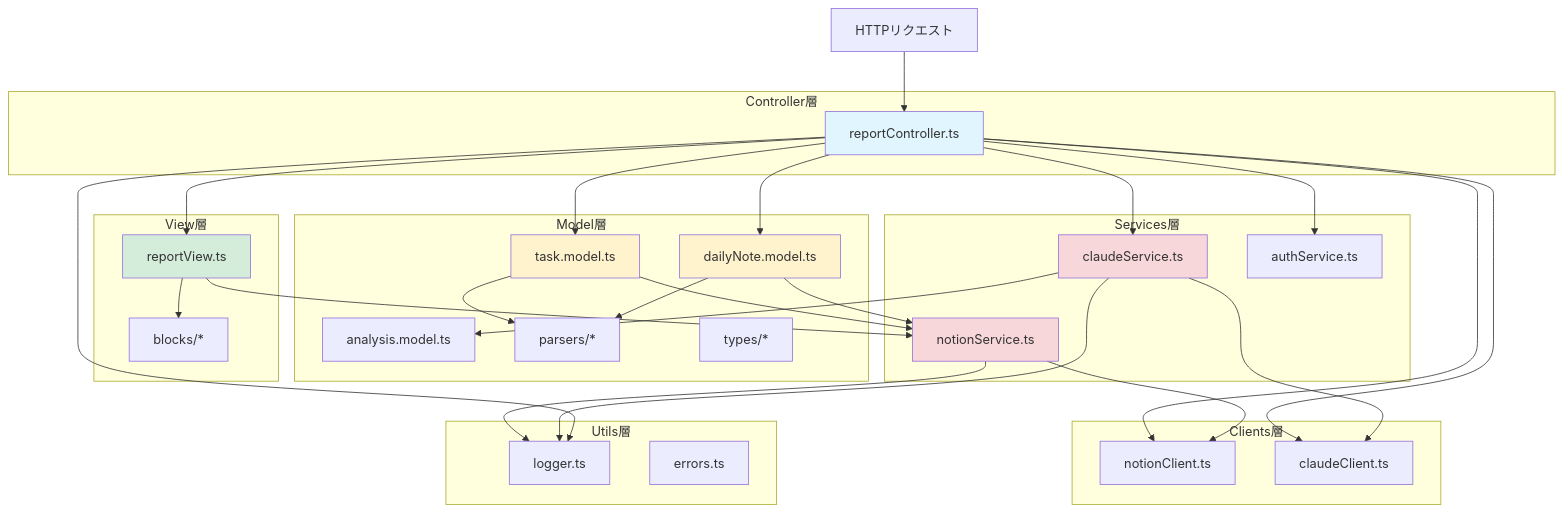
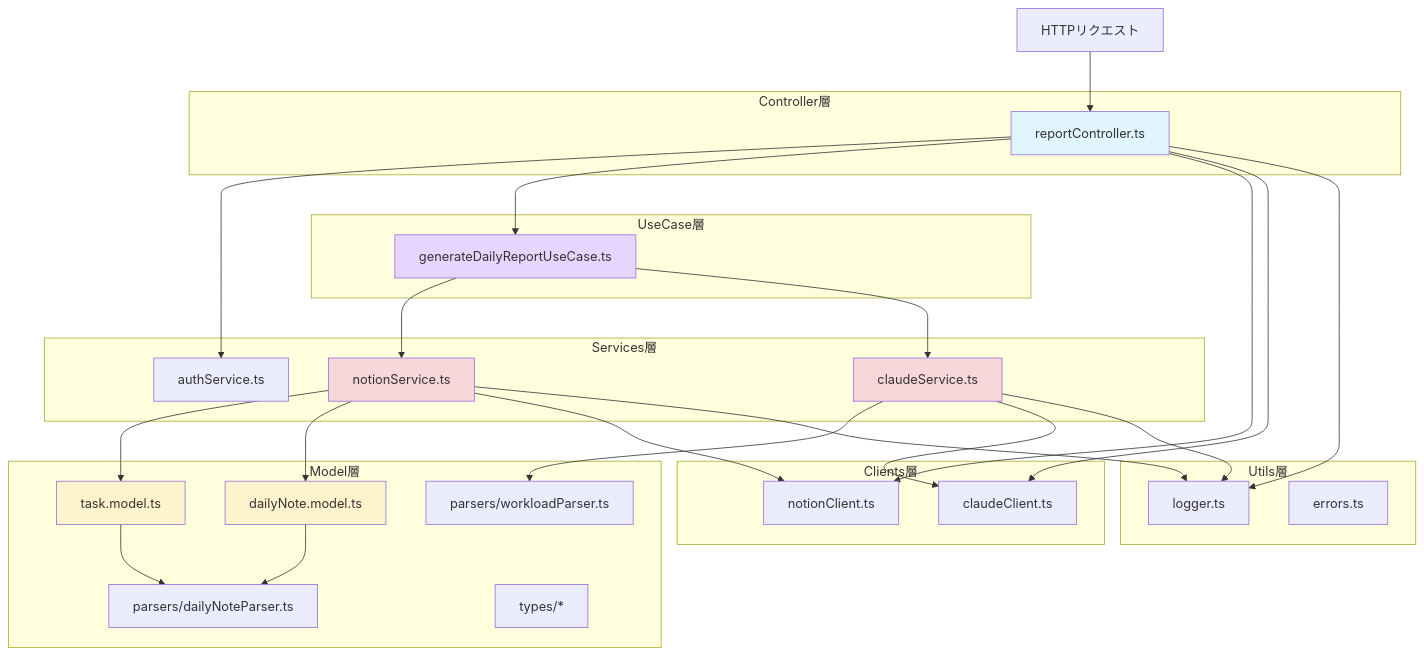
Before and after one commit to matsushun1/task-analyzer: the first of 2 diagrams in docs/structure.md, drawn with Mermaid. The commit also changed other lines of this file and 2 other files, not shown here.

````diff
--- a/docs/structure.md
+++ b/docs/structure.md
@@ -45,65 +42,61 @@
 ```mermaid
 graph TB
     subgraph "Controller層"
         Controller[reportController.ts]
     end
 
+    subgraph "UseCase層"
+        UseCase[generateDailyReportUseCase.ts]
+    end
+
     subgraph "Model層"
         TaskModel[task.model.ts]
         NoteModel[dailyNote.model.ts]
-        AnalysisModel[analysis.model.ts]
-        Parsers[parsers/*]
+        DailyNoteParser[parsers/dailyNoteParser.ts]
+        WorkloadParser[parsers/workloadParser.ts]
         Types[types/*]
-    end
-
-    subgraph "View層"
-        ReportView[reportView.ts]
-        Blocks[blocks/*]
     end
 
     subgraph "Services層"
         NotionService[notionService.ts]
         ClaudeService[claudeService.ts]
         AuthService[authService.ts]
     end
 
     subgraph "Clients層"
         NotionClient[notionClient.ts]
         ClaudeClient[claudeClient.ts]
     end
 
     subgraph "Utils層"
         Logger[logger.ts]
         Errors[errors.ts]
     end
 
     Request[HTTPリクエスト] --> Controller
     Controller --> AuthService
-    Controller --> TaskModel
-    Controller --> NoteModel
-    TaskModel --> Parsers
-    NoteModel --> Parsers
-    TaskModel --> NotionService
-    NoteModel --> NotionService
-    Controller --> ClaudeService
-    ClaudeService --> AnalysisModel
-    Controller --> ReportView
-    ReportView --> Blocks
-    ReportView --> NotionService
+    Controller --> UseCase
+    UseCase --> NotionService
+    UseCase --> ClaudeService
+    NotionService --> TaskModel
+    NotionService --> NoteModel
+    TaskModel --> DailyNoteParser
+    NoteModel --> DailyNoteParser
+    ClaudeService --> WorkloadParser
 
     Controller --> NotionClient
     Controller --> ClaudeClient
     NotionService --> NotionClient
     ClaudeService --> ClaudeClient
 
     NotionService --> Logger
     ClaudeService --> Logger
     Controller --> Logger
 
     style Controller fill:#e1f5ff
+    style UseCase fill:#e8d5ff
     style TaskModel fill:#fff3cd
     style NoteModel fill:#fff3cd
-    style ReportView fill:#d4edda
     style NotionService fill:#f8d7da
     style ClaudeService fill:#f8d7da
 ```
````
